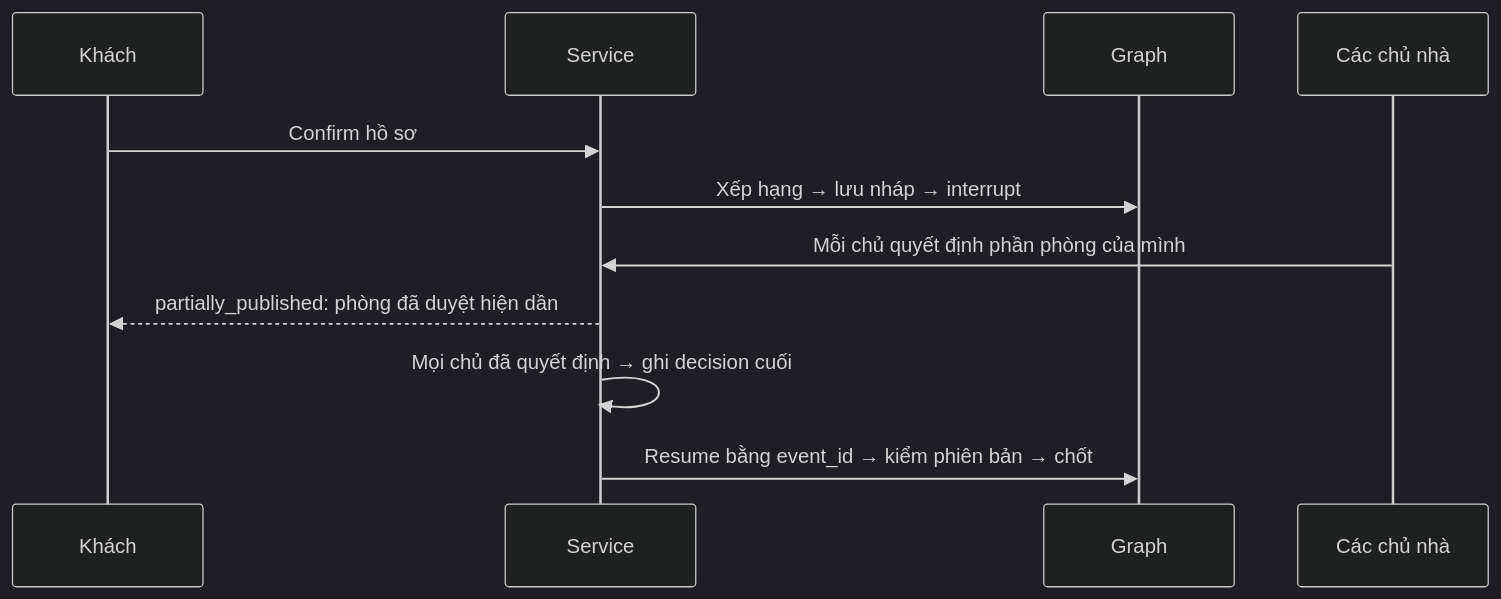
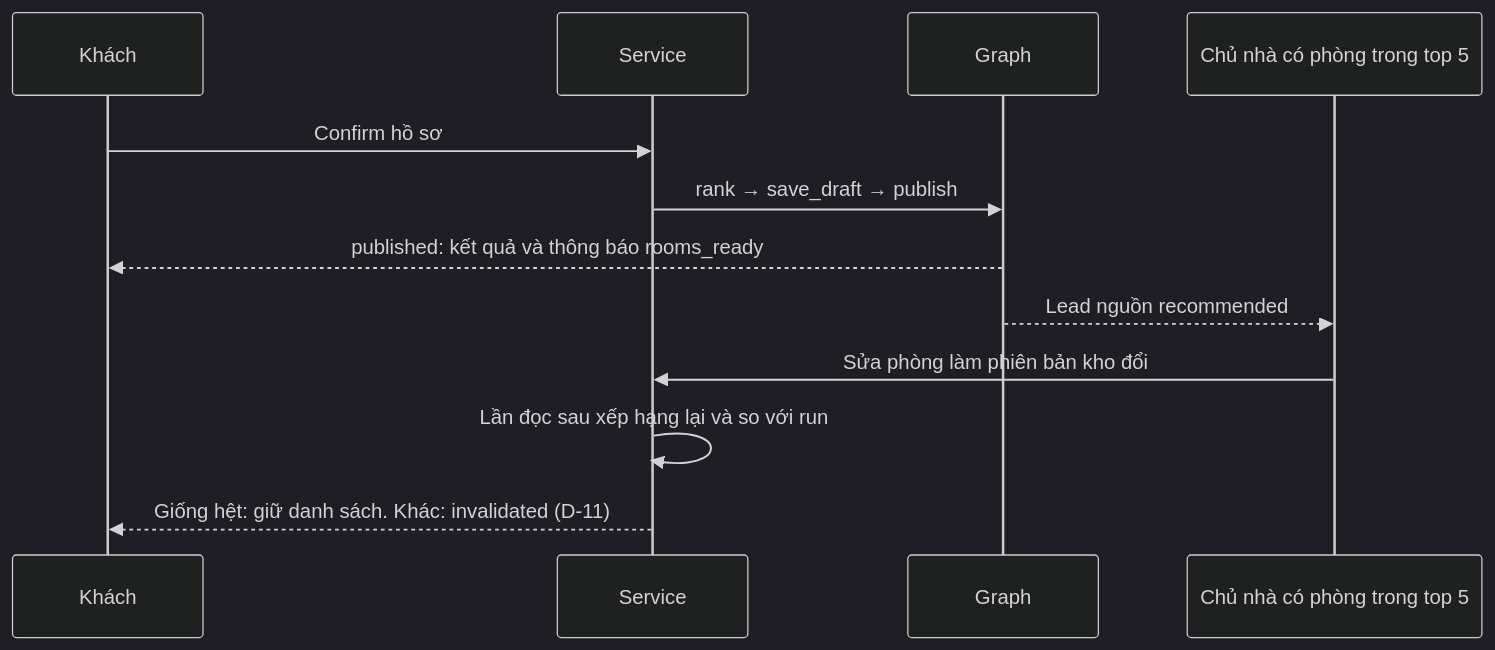
Before and after one commit to RealQuangSon/KLTN_NguyenQuangSon: the second of 2 diagrams in docs/kien-truc-trien-khai.md, drawn with Mermaid (dark theme). The commit also changed other lines of this file and 278 other files, not shown here.

First line of the commit message:
chore: đồng bộ thay đổi hiện tại và dọn tài liệu khảo sát cũ

````diff
--- a/docs/kien-truc-trien-khai.md
+++ b/docs/kien-truc-trien-khai.md
@@ -63,13 +63,14 @@
 ```mermaid
 sequenceDiagram
   participant R as Khách
   participant S as Service
   participant G as Graph
-  participant O as Các chủ nhà
+  participant O as Chủ nhà có phòng trong top 5
   R->>S: Confirm hồ sơ
-  S->>G: Xếp hạng → lưu nháp → interrupt
-  O->>S: Mỗi chủ quyết định phần phòng của mình
-  S-->>R: partially_published: phòng đã duyệt hiện dần
-  S->>S: Mọi chủ đã quyết định → ghi decision cuối
-  S->>G: Resume bằng event_id → kiểm phiên bản → chốt
+  S->>G: rank → save_draft → publish
+  G-->>R: published: kết quả và thông báo rooms_ready
+  G-->>O: Lead nguồn recommended
+  O->>S: Sửa phòng làm phiên bản kho đổi
+  S->>S: Lần đọc sau xếp hạng lại và so với run
+  S-->>R: Giống hệt: giữ danh sách. Khác: invalidated (D-11)
 ```
````
